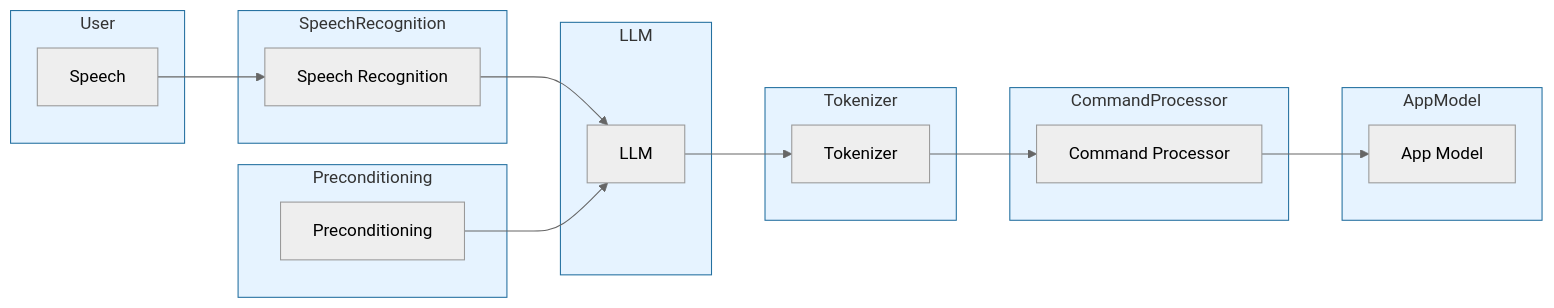
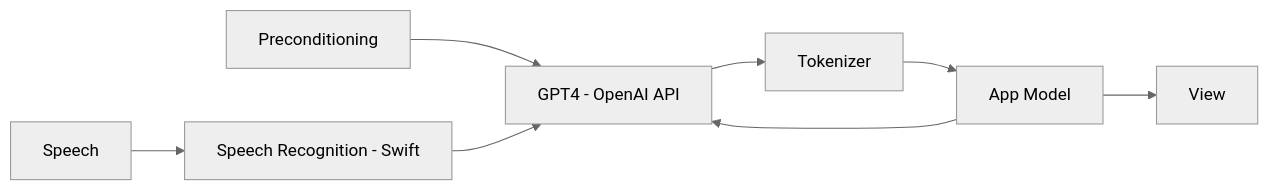
One commit to AdinAck/AccessAbility changed the diagram in README.md. Above: the diagram before and after it, drawn with Mermaid (neutral theme). The commit also changed other lines of this file, not shown here.

````diff
--- a/README.md
+++ b/README.md
@@ -14,46 +12,10 @@
 ```mermaid
-graph LR
-
-subgraph User
-  A[Speech]
-end
-
-subgraph SpeechRecognition
-  B[Speech Recognition]
-end
-
-subgraph Preconditioning
-  C[Preconditioning]
-end
-
-subgraph LLM
-  D[LLM]
-end
-
-subgraph Tokenizer
-  E[Tokenizer]
-end
-
-subgraph CommandProcessor
-  F[Command Processor]
-end
-
-subgraph AppModel
-  G[App Model]
-end
-
-A --> B
-B --> D
-C --> D
-D --> E
-E --> F
-F --> G
-
-style User fill:#E6F3FF, stroke:#2470A0
-style SpeechRecognition fill:#E6F3FF, stroke:#2470A0
-style Preconditioning fill:#E6F3FF, stroke:#2470A0
-style LLM fill:#E6F3FF, stroke:#2470A0
-style Tokenizer fill:#E6F3FF, stroke:#2470A0
-style CommandProcessor fill:#E6F3FF, stroke:#2470A0
-style AppModel fill:#E6F3FF, stroke:#2470A0
+flowchart LR
+    A[Speech] --> B[Speech Recognition - Swift]
+    C[Preconditioning] --> D
+    B --> D[GPT4 - OpenAI API]
+    D --> E[Tokenizer]
+    E --> F[App Model]
+    F --> D
+    F --> G[View]
 ```
````
